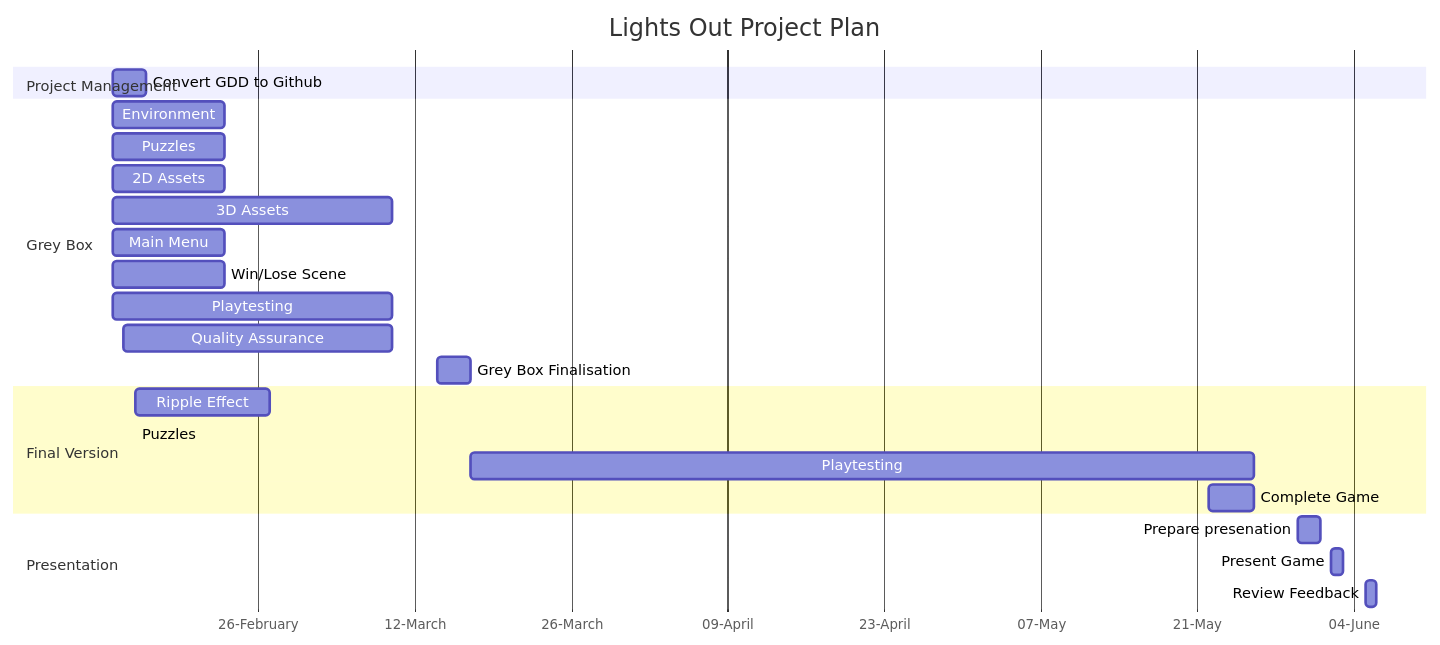
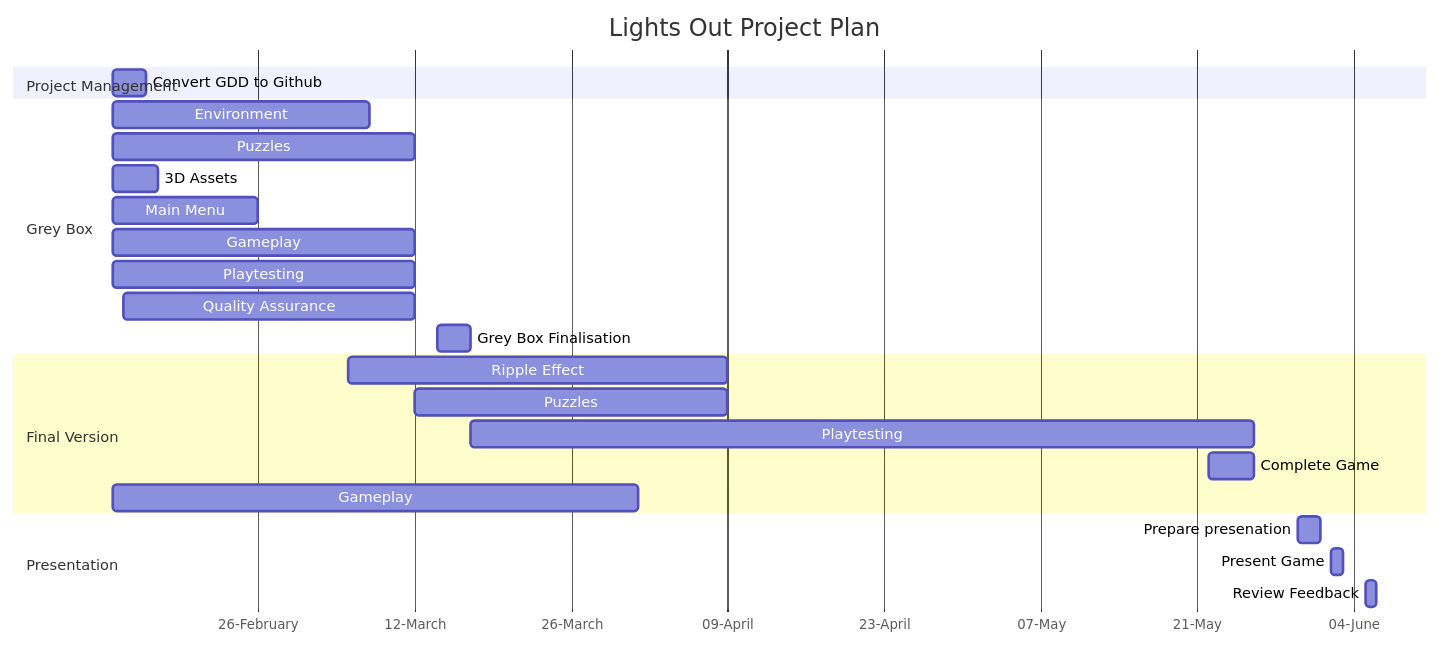
Before and after one commit to Lake-Tuggeranong-College/Lights-Out-2023S1: the diagram in schedule.md, drawn with Mermaid. The commit also changed other lines of this file, not shown here.

Commit message:
Update schedule.md
Updated Schedule

````diff
--- a/schedule.md
+++ b/schedule.md
@@ -9,34 +9,34 @@
 ```mermaid
 gantt
     title Lights Out Project Plan
     dateFormat  DD-MM-YY
     axisFormat  %d-%B
     tickInterval 2week
 
     section Project Management
     Convert GDD to Github :13-02-23, 3d
 
     section Grey Box
-    Environment             :a1, 13-02-23, 10d
-    Puzzles                 :puzzle, 13-02-23, 10d
-    2D Assets               :13-02-23, 10d
-    3D Assets               :13-02-23, 10-03-23
-    Main Menu               :13-02-23, 10d
-    Win/Lose Scene          :13-02-23, 10d
-    Playtesting             :13-02-23, 10-03-23
-    Quality Assurance       :14-02-23, 10-03-23
+    Environment             :a1, 13-02-23, 23d
+    Puzzles                 :puzzle, 13-02-23, 27d
+    3D Assets               :13-02-23, 17-02-23
+    Main Menu               :13-02-23, 13d
+    Gameplay                :13-02-23, 12-03-23
+    Playtesting             :13-02-23, 12-03-23
+    Quality Assurance       :14-02-23, 12-03-23
     Grey Box Finalisation   :14-03-23, 3d
     
 
     section Final Version
 
-    Ripple Effect           :15-02-23  , 12d
-    Puzzles                 :15-02-23
+    Ripple Effect           :06-03-23  , 09-04-23
+    Puzzles                 :12-03-23  , 09-04-23
     Playtesting             :17-03-23, 26-05-23
     Complete Game           :22-05-23, 26-05-23
+    Gameplay                :13-02-23, 01-04-23
 
     section Presentation
     Prepare presenation : 30-05-23, 2d
     Present Game: 02-06-23, 1d
     Review Feedback: 05-06-23, 1d
 ```
````
